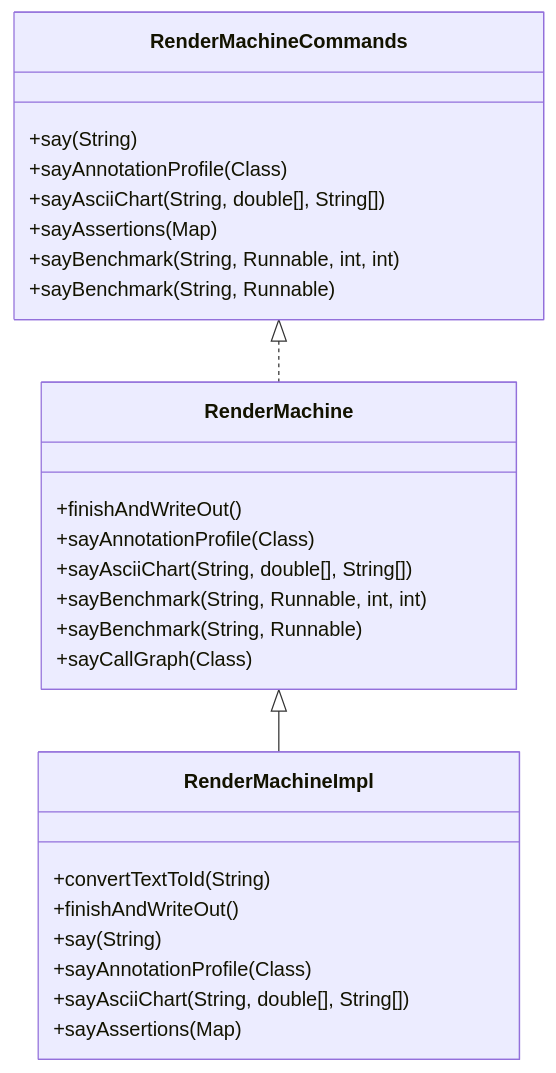
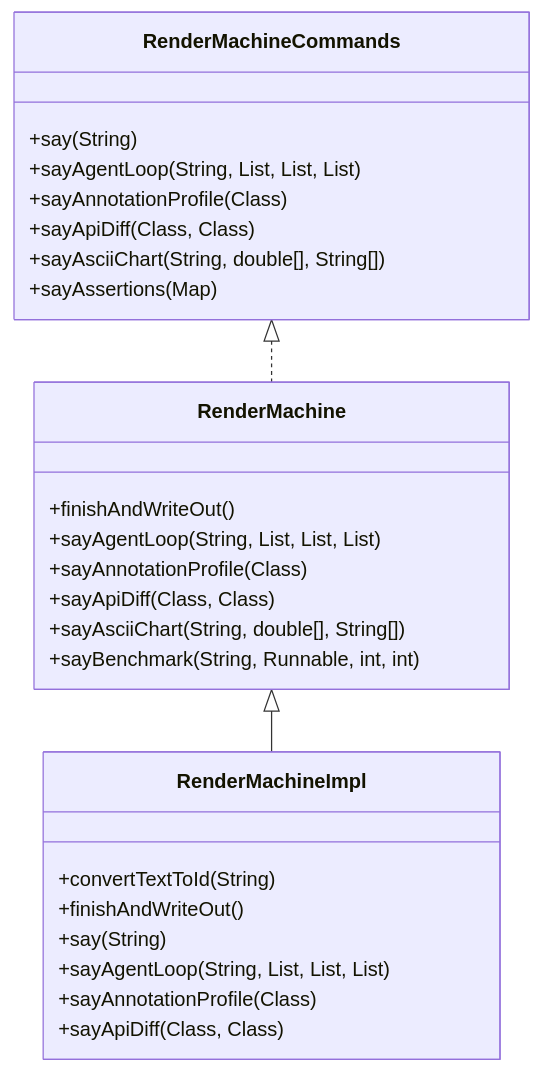
One commit to seanchatmangpt/dtr changed the second of 2 diagrams in dtr-core/docs/test/io.github.seanchatmangpt.dtr.test.BlueOceanInnovationsTest.md. Above: the diagram before and after it, drawn with Mermaid. The commit also changed other lines of this file and 25 other files, not shown here.

````diff
--- a/dtr-core/docs/test/io.github.seanchatmangpt.dtr.test.BlueOceanInnovationsTest.md
+++ b/dtr-core/docs/test/io.github.seanchatmangpt.dtr.test.BlueOceanInnovationsTest.md
@@ -145,29 +145,29 @@
 ```mermaid
 classDiagram
     RenderMachineCommands <|.. RenderMachine
     RenderMachine <|-- RenderMachineImpl
     class RenderMachine {
         +finishAndWriteOut()
+        +sayAgentLoop(String, List, List, List)
         +sayAnnotationProfile(Class)
+        +sayApiDiff(Class, Class)
         +sayAsciiChart(String, double[], String[])
         +sayBenchmark(String, Runnable, int, int)
-        +sayBenchmark(String, Runnable)
-        +sayCallGraph(Class)
     }
     class RenderMachineImpl {
         +convertTextToId(String)
         +finishAndWriteOut()
         +say(String)
+        +sayAgentLoop(String, List, List, List)
         +sayAnnotationProfile(Class)
+        +sayApiDiff(Class, Class)
+    }
+    class RenderMachineCommands {
+        +say(String)
+        +sayAgentLoop(String, List, List, List)
+        +sayAnnotationProfile(Class)
+        +sayApiDiff(Class, Class)
         +sayAsciiChart(String, double[], String[])
         +sayAssertions(Map)
     }
-    class RenderMachineCommands {
-        +say(String)
-        +sayAnnotationProfile(Class)
-        +sayAsciiChart(String, double[], String[])
-        +sayAssertions(Map)
-        +sayBenchmark(String, Runnable, int, int)
-        +sayBenchmark(String, Runnable)
-    }
 ```
````
